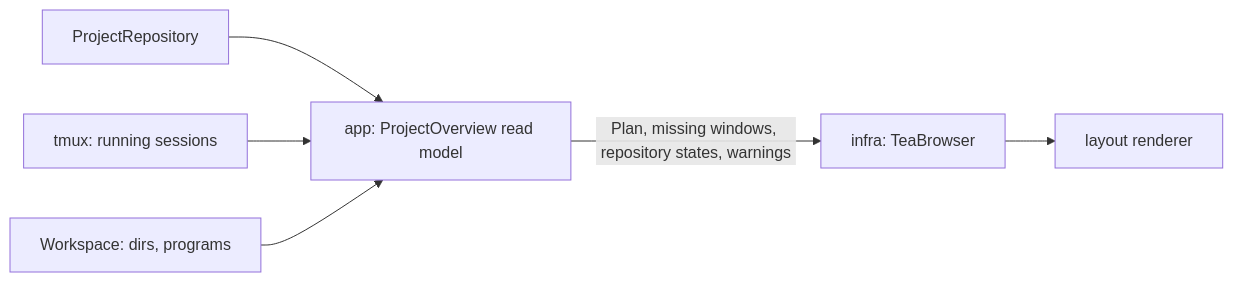
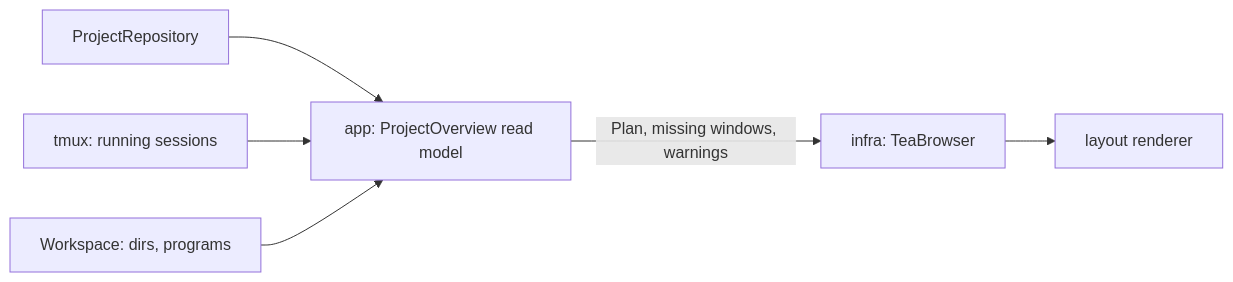
Before and after one commit to medilies/weaver: the diagram in docs/ideas.md, drawn with Mermaid. The commit also changed other lines of this file and 22 other files, not shown here.

````diff
--- a/docs/ideas.md
+++ b/docs/ideas.md
@@ -92,8 +91,8 @@
 ```mermaid
 flowchart LR
     Repo[ProjectRepository] --> Read[app: ProjectOverview read model]
     Tmux[tmux: running sessions] --> Read
     WS[Workspace: dirs, programs] --> Read
-    Read -->|Plan, missing windows, repository states, warnings| Browser[infra: TeaBrowser]
+    Read -->|Plan, missing windows, warnings| Browser[infra: TeaBrowser]
     Browser --> Layout[layout renderer]
 ```
````
